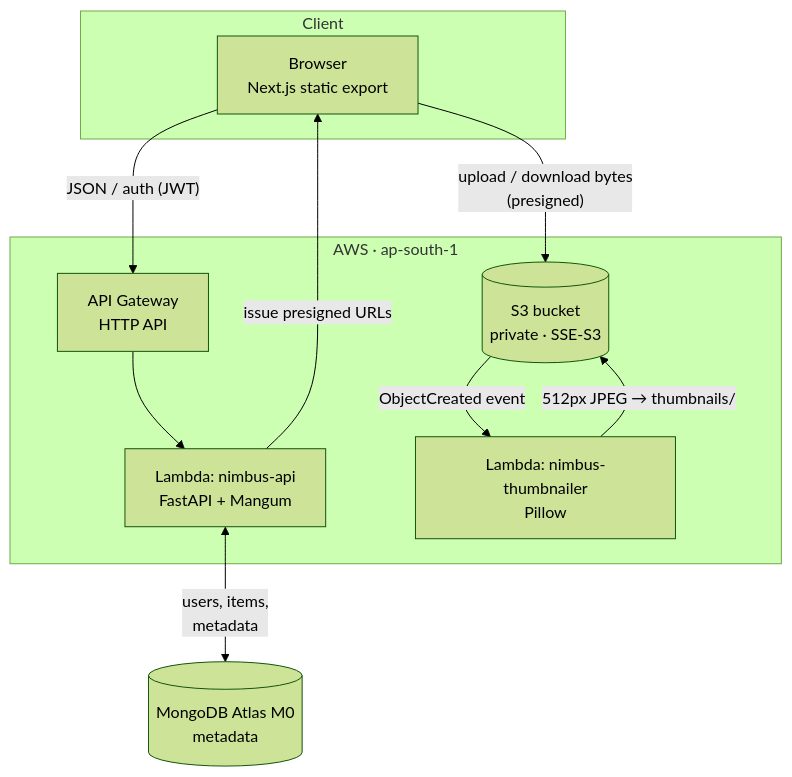
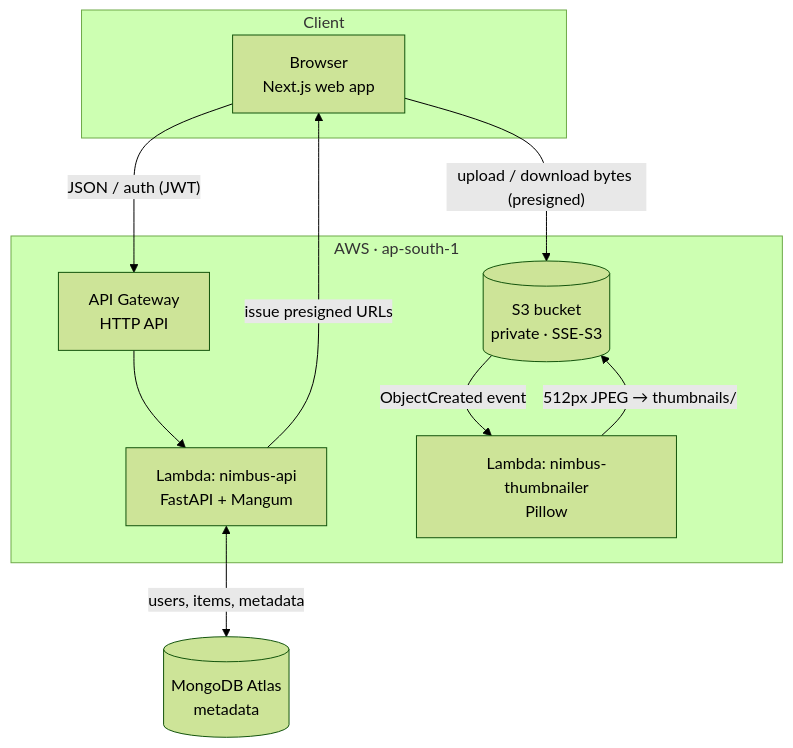
The diagram in README.md (ankushkhakale/Nimbus), drawn with Mermaid (forest theme) before and after one commit. The commit also changed other lines of this file and 9 other files, not shown here.

````diff
--- a/README.md
+++ b/README.md
@@ -40,22 +115,22 @@
 ```mermaid
 flowchart TD
     subgraph Client
-        B["Browser<br/>Next.js static export"]
+        B["Browser<br/>Next.js web app"]
     end
 
     subgraph AWS["AWS · ap-south-1"]
         GW["API Gateway<br/>HTTP API"]
         L["Lambda: nimbus-api<br/>FastAPI + Mangum"]
         S3[("S3 bucket<br/>private · SSE-S3")]
         T["Lambda: nimbus-thumbnailer<br/>Pillow"]
     end
 
-    DB[("MongoDB Atlas M0<br/>metadata")]
+    DB[("MongoDB Atlas<br/>metadata")]
 
     B -- "JSON / auth (JWT)" --> GW --> L
-    L <-- "users, items,<br/>metadata" --> DB
+    L <-- "users, items, metadata" --> DB
     L -- "issue presigned URLs" --> B
-    B -- "upload / download bytes<br/>(presigned)" --> S3
+    B -- "upload / download bytes (presigned)" --> S3
     S3 -- "ObjectCreated event" --> T
     T -- "512px JPEG → thumbnails/" --> S3
 ```
````
